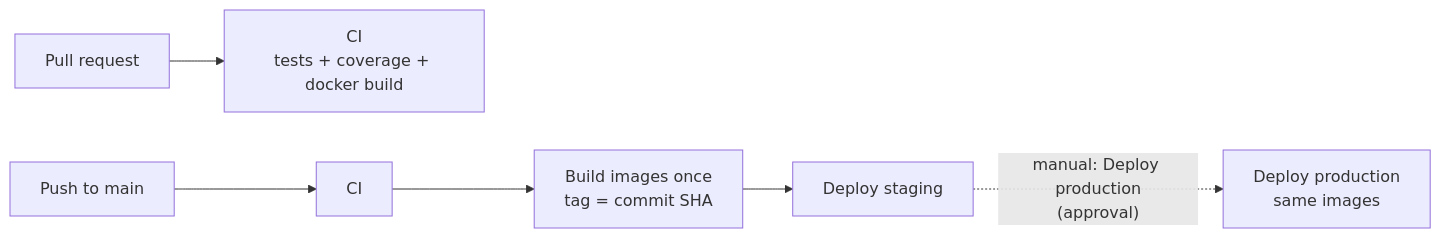
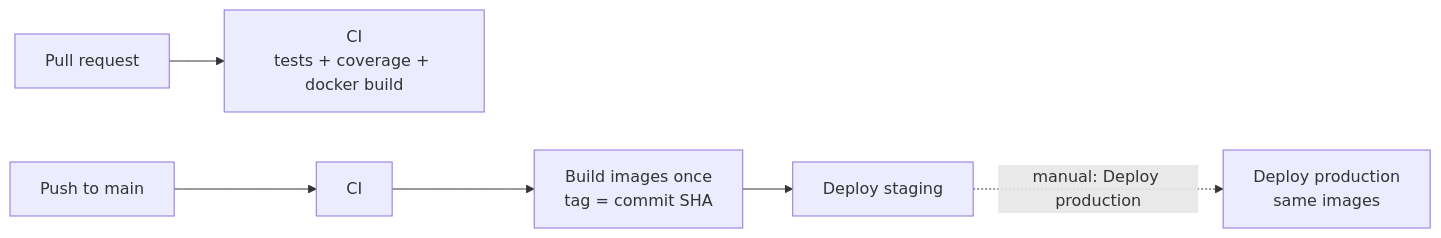
The diagram in docs/ci-cd.md (Y2627S1-CS3219-P-28/FoC-P28), drawn with Mermaid before and after one commit. The commit also changed other lines of this file and 4 other files, not shown here.

````diff
--- a/docs/ci-cd.md
+++ b/docs/ci-cd.md
@@ -7,6 +7,6 @@
 ```mermaid
 flowchart LR
   pr[Pull request] --> ci[CI<br/>tests + coverage + docker build]
   main[Push to main] --> ci2[CI] --> build[Build images once<br/>tag = commit SHA] --> stg[Deploy staging]
-  stg -. "manual: Deploy production<br/>(approval)" .-> prod[Deploy production<br/>same images]
+  stg -. "manual: Deploy production" .-> prod[Deploy production<br/>same images]
 ```
````
